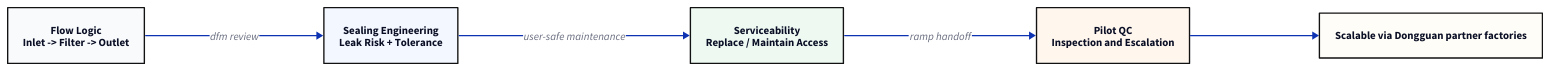
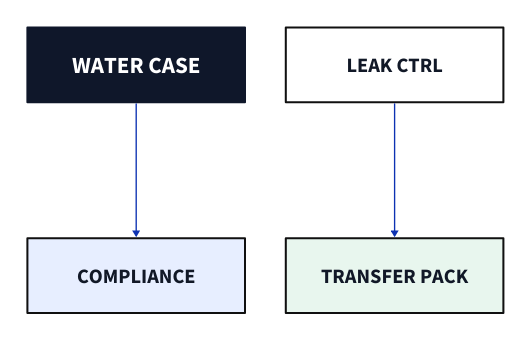
One commit to shenlian583-afk/tianan changed the diagram in assets/covers/d2/cover-water.d2. Above: the diagram before and after it, drawn with D2. The commit also changed 23 other files, not shown here.

```diff
--- a/assets/covers/d2/cover-water.d2
+++ b/assets/covers/d2/cover-water.d2
@@ -1,42 +1,58 @@
-direction: right
+direction: down
 
-flow: {
-  label: "Flow Logic\nInlet -> Filter -> Outlet"
-  style.fill: "#F9FAFC"
-  style.stroke: "#121212"
-  style.stroke-width: 2
+r1: {
+  label: ""
+  style.stroke-width: 0
+  style.fill: "transparent"
+  direction: right
+  a: {
+    label: "WATER CASE"
+    width: 320
+    height: 110
+    style.fill: "#0F172A"
+    style.stroke: "#0F172A"
+    style.stroke-width: 3
+    style.font-color: "#FFFFFF"
+    style.font-size: 34
+  }
+  b: {
+    label: "LEAK CTRL"
+    width: 320
+    height: 110
+    style.fill: "#FFFFFF"
+    style.stroke: "#101010"
+    style.stroke-width: 3
+    style.font-size: 30
+    style.font-color: "#111827"
+  }
 }
 
-sealing: {
-  label: "Sealing Engineering\nLeak Risk + Tolerance"
-  style.fill: "#F3F7FF"
-  style.stroke: "#121212"
-  style.stroke-width: 2
+r2: {
+  label: ""
+  style.stroke-width: 0
+  style.fill: "transparent"
+  direction: right
+  c: {
+    label: "COMPLIANCE"
+    width: 320
+    height: 110
+    style.fill: "#E7EEFF"
+    style.stroke: "#101010"
+    style.stroke-width: 3
+    style.font-size: 30
+    style.font-color: "#111827"
+  }
+  d: {
+    label: "TRANSFER PACK"
+    width: 320
+    height: 110
+    style.fill: "#E8F6EE"
+    style.stroke: "#101010"
+    style.stroke-width: 3
+    style.font-size: 30
+    style.font-color: "#111827"
+  }
 }
 
-service: {
-  label: "Serviceability\nReplace / Maintain Access"
-  style.fill: "#EEF9F2"
-  style.stroke: "#121212"
-  style.stroke-width: 2
-}
-
-qc: {
-  label: "Pilot QC\nInspection and Escalation"
-  style.fill: "#FFF6EE"
-  style.stroke: "#121212"
-  style.stroke-width: 2
-}
-
-flow -> sealing: "dfm review"
-sealing -> service: "user-safe maintenance"
-service -> qc: "ramp handoff"
-
-capacity: {
-  label: "Scalable via Dongguan partner factories"
-  style.fill: "#FFFDF7"
-  style.stroke: "#121212"
-  style.stroke-width: 2
-}
-
-qc -> capacity
+r1.a -> r2.c
+r1.b -> r2.d
```
